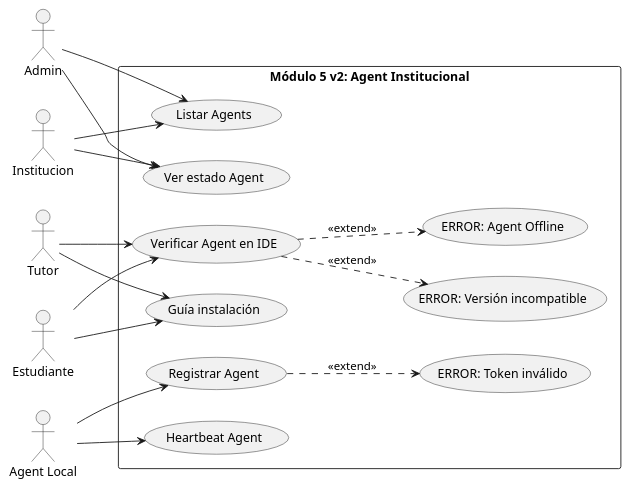
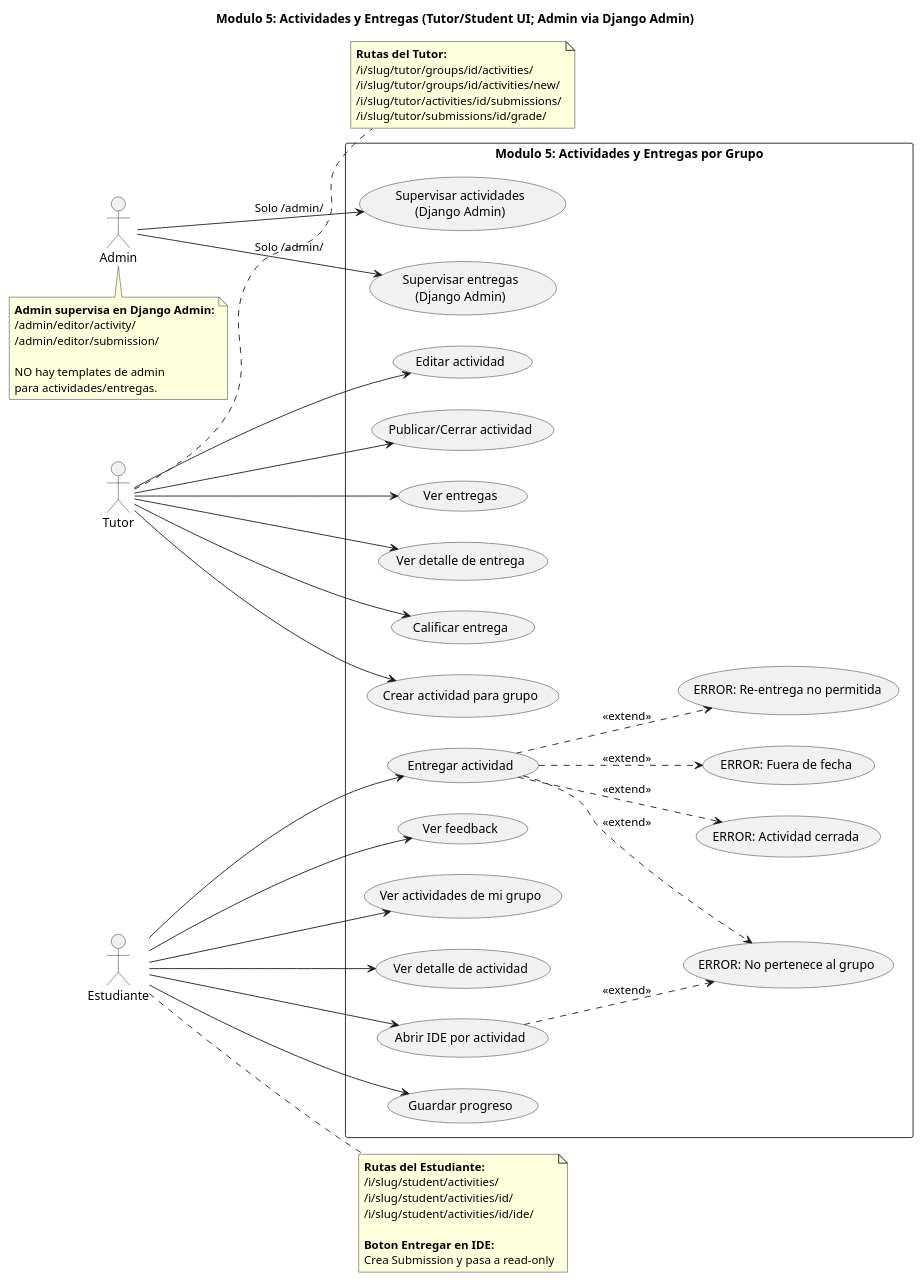
The diagram in docs/uml/module5/use_cases.puml (Luvigo/Max), drawn with PlantUML before and after one commit. The commit also changed 17 other files, not shown here.

First line of the commit message:
MÓDULO 5: Actividades y Entregas por Grupo (Tutor/Student UI; Admin via Django Admin)

```diff
--- a/docs/uml/module5/use_cases.puml
+++ b/docs/uml/module5/use_cases.puml
@@ -1,43 +1,90 @@
 @startuml
+title Modulo 5: Actividades y Entregas (Tutor/Student UI; Admin via Django Admin)
 left to right direction
 
 actor Admin
-actor Institucion
 actor Tutor
 actor Estudiante
-actor "Agent Local" as Agent
 
-rectangle "Módulo 5 v2: Agent Institucional" {
-
-  usecase "Registrar Agent" as UC_Register
-  usecase "Heartbeat Agent" as UC_Heartbeat
-  usecase "Listar Agents" as UC_List
-  usecase "Ver estado Agent" as UC_Status
-  usecase "Verificar Agent en IDE" as UC_Check
-  usecase "Guía instalación" as UC_Guide
-
-  usecase "ERROR: Agent Offline" as E_Offline
-  usecase "ERROR: Versión incompatible" as E_Version
-  usecase "ERROR: Token inválido" as E_Token
+rectangle "Modulo 5: Actividades y Entregas por Grupo" {
+  ' Tutor Use Cases
+  usecase "Crear actividad para grupo" as UC_CreateAct
+  usecase "Editar actividad" as UC_EditAct
+  usecase "Publicar/Cerrar actividad" as UC_PublishAct
+  usecase "Ver entregas" as UC_ViewSubmissions
+  usecase "Ver detalle de entrega" as UC_ViewSubmission
+  usecase "Calificar entrega" as UC_Grade
+  
+  ' Student Use Cases
+  usecase "Ver actividades de mi grupo" as UC_ViewActs
+  usecase "Ver detalle de actividad" as UC_ViewActDetail
+  usecase "Abrir IDE por actividad" as UC_OpenIDE
+  usecase "Guardar progreso" as UC_SaveProgress
+  usecase "Entregar actividad" as UC_Submit
+  usecase "Ver feedback" as UC_ViewFeedback
+  
+  ' Admin Use Cases
+  usecase "Supervisar actividades\n(Django Admin)" as UC_AdminActs
+  usecase "Supervisar entregas\n(Django Admin)" as UC_AdminSubs
+  
+  ' Errors
+  usecase "ERROR: No pertenece al grupo" as E_NotInGroup
+  usecase "ERROR: Fuera de fecha" as E_Late
+  usecase "ERROR: Re-entrega no permitida" as E_NoResubmit
+  usecase "ERROR: Actividad cerrada" as E_Closed
 }
 
-Agent --> UC_Register
-Agent --> UC_Heartbeat
+' Tutor connections
+Tutor --> UC_CreateAct
+Tutor --> UC_EditAct
+Tutor --> UC_PublishAct
+Tutor --> UC_ViewSubmissions
+Tutor --> UC_ViewSubmission
+Tutor --> UC_Grade
 
-Admin --> UC_List
-Admin --> UC_Status
+' Student connections
+Estudiante --> UC_ViewActs
+Estudiante --> UC_ViewActDetail
+Estudiante --> UC_OpenIDE
+Estudiante --> UC_SaveProgress
+Estudiante --> UC_Submit
+Estudiante --> UC_ViewFeedback
 
-Institucion --> UC_List
-Institucion --> UC_Status
+' Admin connections
+Admin --> UC_AdminActs : "Solo /admin/"
+Admin --> UC_AdminSubs : "Solo /admin/"
 
-Tutor --> UC_Check
-Tutor --> UC_Guide
+' Error extensions
+UC_Submit ..> E_NotInGroup : <<extend>>
+UC_Submit ..> E_Late : <<extend>>
+UC_Submit ..> E_NoResubmit : <<extend>>
+UC_Submit ..> E_Closed : <<extend>>
+UC_OpenIDE ..> E_NotInGroup : <<extend>>
 
-Estudiante --> UC_Check
-Estudiante --> UC_Guide
+note right of Tutor
+  **Rutas del Tutor:**
+  /i/slug/tutor/groups/id/activities/
+  /i/slug/tutor/groups/id/activities/new/
+  /i/slug/tutor/activities/id/submissions/
+  /i/slug/tutor/submissions/id/grade/
+end note
 
-UC_Check ..> E_Offline : <<extend>>
-UC_Check ..> E_Version : <<extend>>
-UC_Register ..> E_Token : <<extend>>
+note right of Estudiante
+  **Rutas del Estudiante:**
+  /i/slug/student/activities/
+  /i/slug/student/activities/id/
+  /i/slug/student/activities/id/ide/
+  
+  **Boton Entregar en IDE:**
+  Crea Submission y pasa a read-only
+end note
 
+note bottom of Admin
+  **Admin supervisa en Django Admin:**
+  /admin/editor/activity/
+  /admin/editor/submission/
+  
+  NO hay templates de admin
+  para actividades/entregas.
+end note
 @enduml
```
